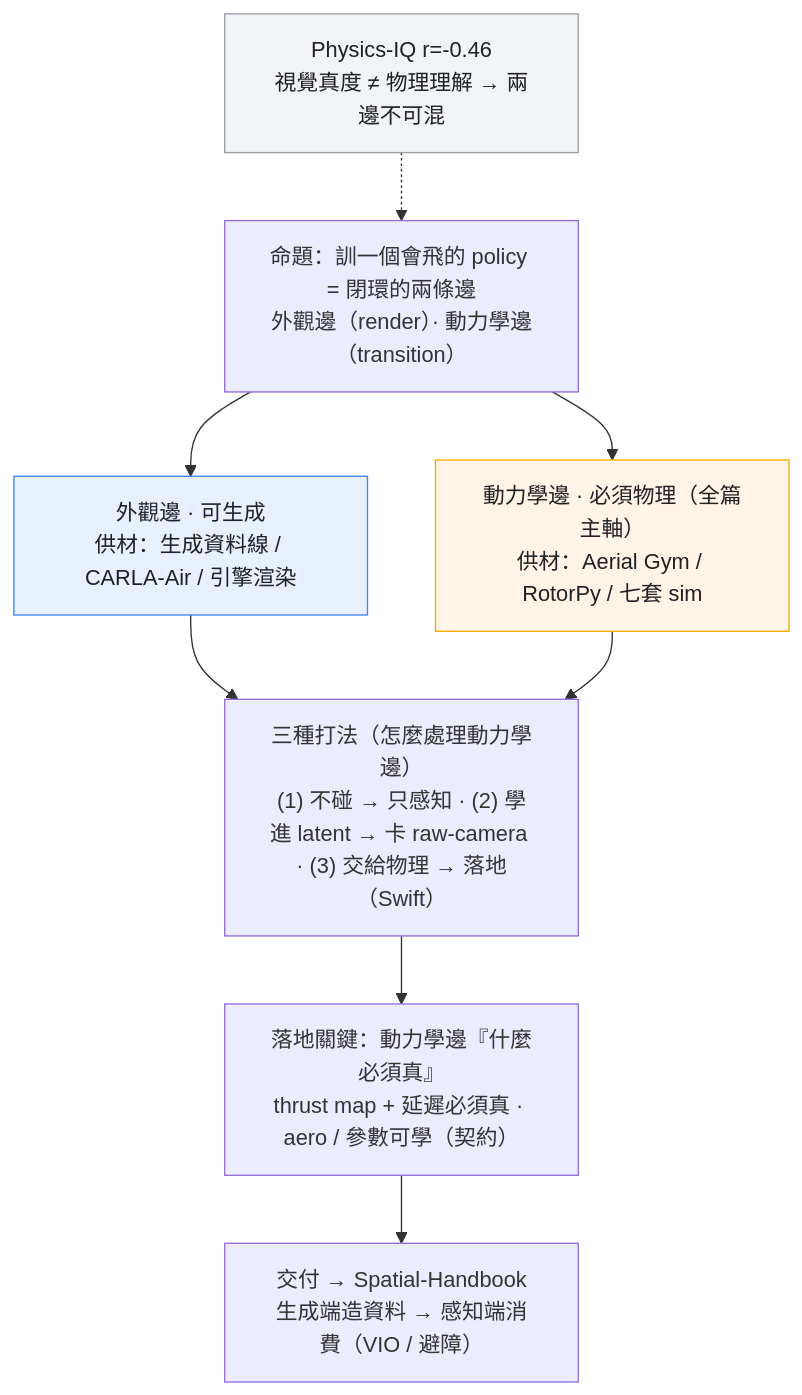
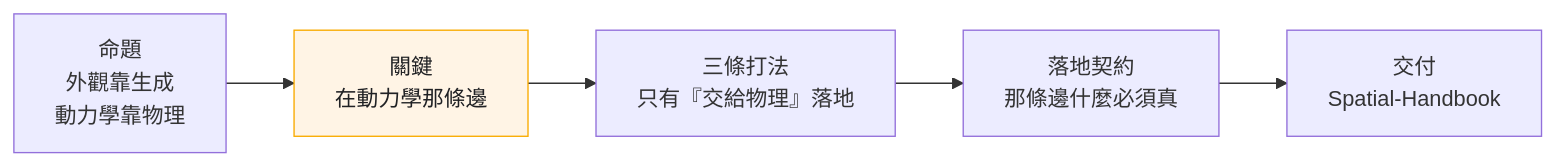
The first of 4 diagrams in use-cases/aerial-sim/overview.md (sou350121/Physics-Controllable-Generation-Handbook), drawn with Mermaid before and after one commit. The commit also changed other lines of this file and 1 other file, not shown here.

Commit message:
aerial-sim/overview：全境圖砍成 5 格主線 + 兩段文字中文化（audit 修清晰度）
回應「全境圖很難明白、再 audit 圖和文字」：
- 全境圖原本每個節點都是一大段、且「外觀邊+動力學邊」都箭頭指向「三種打法」邏輯混、
  又重複下面三張圖 → 砍成乾淨的 5 格主線（命題 → 動力學邊是關鍵 → 三條打法只有交給物理落地
  → 落地契約 → 交付 Spatial），短標籤一眼看完；細節留給下面三張 zoom-in。
- 文字 audit：§核心張力、§為什麼自成一格 中文裡夾的英文片語中文化
  （generation for appearance / enforce / free motion / Sensor stack / first-class /
  train avoidance / lane / downward range / rotor-rotor / stops…），保留 canonical 術語。
- 其餘三張圖（定調/定位/子路線）各有單一職責、判定可保留。
- mermaid 0 FAIL/0 WARN、audit 0 FAIL、同步 README。

````diff
--- a/use-cases/aerial-sim/overview.md
+++ b/use-cases/aerial-sim/overview.md
@@ -5,17 +5,9 @@
 ```mermaid
-flowchart TB
-    P["命題：訓一個會飛的 policy = 閉環的兩條邊<br/>外觀邊（render）· 動力學邊（transition）"]
-    P --> APP["外觀邊 · 可生成<br/>供材：生成資料線 / CARLA-Air / 引擎渲染"]
-    P --> DYN["動力學邊 · 必須物理（全篇主軸）<br/>供材：Aerial Gym / RotorPy / 七套 sim"]
-    APP --> R["三種打法（怎麼處理動力學邊）<br/>(1) 不碰 → 只感知 · (2) 學進 latent → 卡 raw-camera · (3) 交給物理 → 落地（Swift）"]
-    DYN --> R
-    R --> K["落地關鍵：動力學邊『什麼必須真』<br/>thrust map + 延遲必須真 · aero / 參數可學（契約）"]
-    K --> B["交付 → Spatial-Handbook<br/>生成端造資料 → 感知端消費（VIO / 避障）"]
-    PIQ["Physics-IQ r=-0.46<br/>視覺真度 ≠ 物理理解 → 兩邊不可混"] -.-> P
-    classDef appear fill:#e8f0fe,stroke:#4285f4,color:#202124
-    classDef phys fill:#fff4e5,stroke:#f9ab00,color:#202124
-    classDef why fill:#f1f3f4,stroke:#9aa0a6,color:#202124
-    class APP appear
-    class DYN phys
-    class PIQ why
+flowchart LR
+    A["命題<br/>外觀靠生成<br/>動力學靠物理"] --> B["關鍵<br/>在動力學那條邊"]
+    B --> C["三條打法<br/>只有『交給物理』落地"]
+    C --> D["落地契約<br/>那條邊什麼必須真"]
+    D --> E["交付<br/>Spatial-Handbook"]
+    classDef key fill:#fff4e5,stroke:#f9ab00,color:#202124
+    class B key
 ```
````
